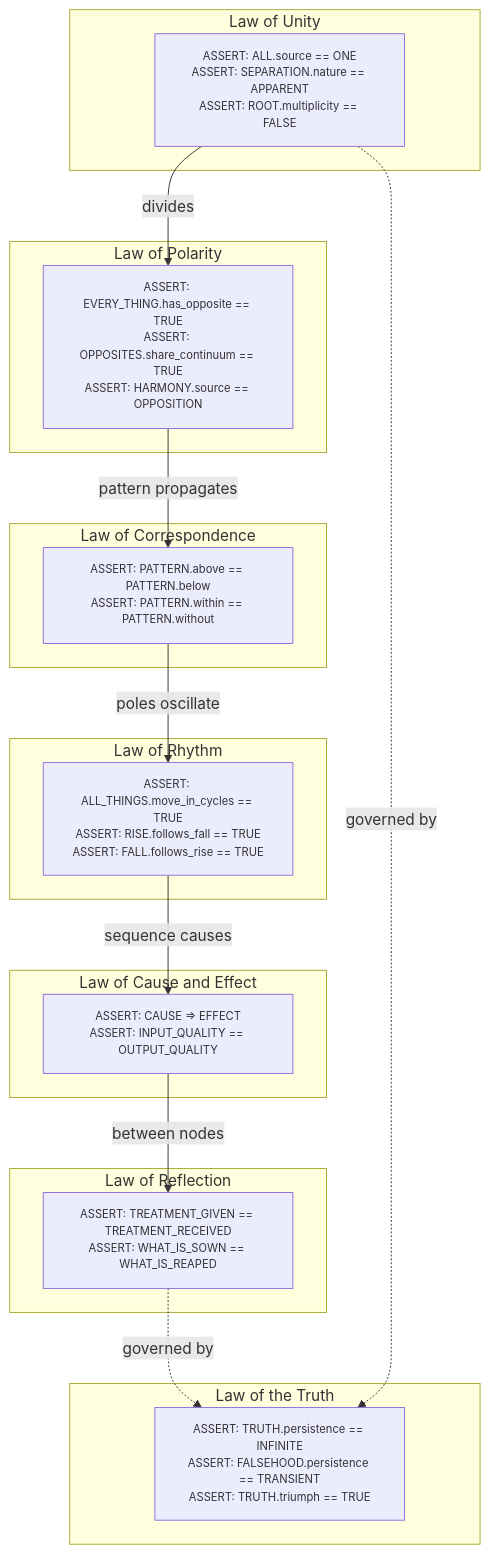
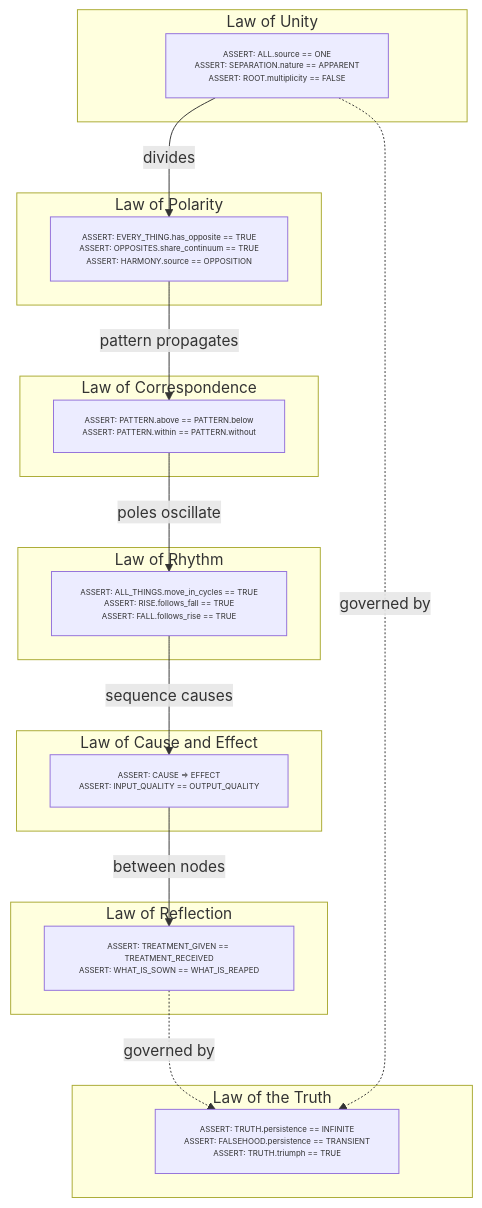
The diagram in README.md (roundtable-love/law), drawn with Mermaid before and after one commit.

````diff
--- a/README.md
+++ b/README.md
@@ -5,42 +5,42 @@
 ```mermaid
 graph TD
-  classDef ir font-size:90%,padding:0px
+  classDef ir font-size:80%,padding:0px
 
   subgraph U["Law of Unity"]
     u["ASSERT: ALL.source == ONE<br/>ASSERT: SEPARATION.nature == APPARENT<br/>ASSERT: ROOT.multiplicity == FALSE"]:::ir
   end
   subgraph P["Law of Polarity"]
     p["ASSERT: EVERY_THING.has_opposite == TRUE<br/>ASSERT: OPPOSITES.share_continuum == TRUE<br/>ASSERT: HARMONY.source == OPPOSITION"]:::ir
   end
   subgraph CO["Law of Correspondence"]
     co["ASSERT: PATTERN.above == PATTERN.below<br/>ASSERT: PATTERN.within == PATTERN.without"]:::ir
   end
   subgraph RH["Law of Rhythm"]
     rh["ASSERT: ALL_THINGS.move_in_cycles == TRUE<br/>ASSERT: RISE.follows_fall == TRUE<br/>ASSERT: FALL.follows_rise == TRUE"]:::ir
   end
   subgraph CE["Law of Cause and Effect"]
     ce["ASSERT: CAUSE =&gt; EFFECT<br/>ASSERT: INPUT_QUALITY == OUTPUT_QUALITY"]:::ir
   end
   subgraph R["Law of Reflection"]
     r["ASSERT: TREATMENT_GIVEN == TREATMENT_RECEIVED<br/>ASSERT: WHAT_IS_SOWN == WHAT_IS_REAPED"]:::ir
   end
   subgraph T["Law of the Truth"]
     t["ASSERT: TRUTH.persistence == INFINITE<br/>ASSERT: FALSEHOOD.persistence == TRANSIENT<br/>ASSERT: TRUTH.triumph == TRUE"]:::ir
   end
 
   u -->|divides| p
   p -->|pattern propagates| co
   co -->|poles oscillate| rh
   rh -->|sequence causes| ce
   ce -->|between nodes| r
   r -.->|governed by| t
   u -.->|governed by| t
 
   click u href "./UNITY.yaml"
   click p href "./POLARITY.yaml"
   click co href "./CORRESPONDENCE.yaml"
   click rh href "./RHYTHM.yaml"
   click ce href "./CAUSE-AND-EFFECT.yaml"
   click r href "./REFLECTION.yaml"
   click t href "./TRUTH.yaml"
 ```
````
